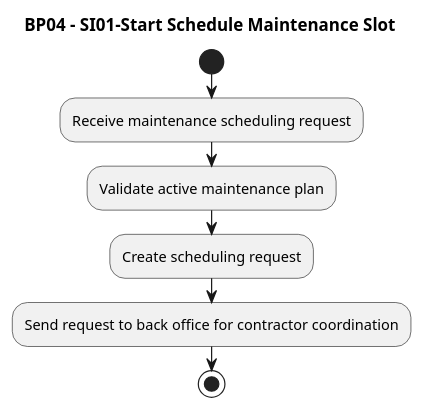
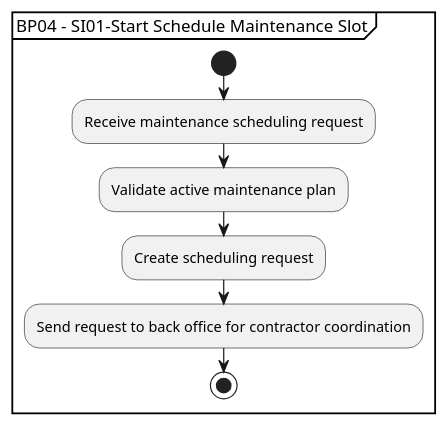
One commit to aaberg/builders-clinic-fix-me changed the diagram in 2.System Interactions/1.SystemInteractionDiagrams/BP04-SI01-Start-Schedule-Maintenance-Slot.puml. Above: the diagram before and after it, drawn with PlantUML. The commit also changed 54 other files, not shown here.

```diff
--- a/2.System Interactions/1.SystemInteractionDiagrams/BP04-SI01-Start-Schedule-Maintenance-Slot.puml
+++ b/2.System Interactions/1.SystemInteractionDiagrams/BP04-SI01-Start-Schedule-Maintenance-Slot.puml
@@ -1,11 +1,12 @@
 @startuml
-title BP04 - SI01-Start Schedule Maintenance Slot
 
-start
-:Receive maintenance scheduling request;
-:Validate active maintenance plan;
-:Create scheduling request;
-:Send request to back office for contractor coordination;
-stop
+partition "BP04 - SI01-Start Schedule Maintenance Slot" {
+  start
+  :Receive maintenance scheduling request;
+  :Validate active maintenance plan;
+  :Create scheduling request;
+  :Send request to back office for contractor coordination;
+  stop
+}
 
 @enduml
```
